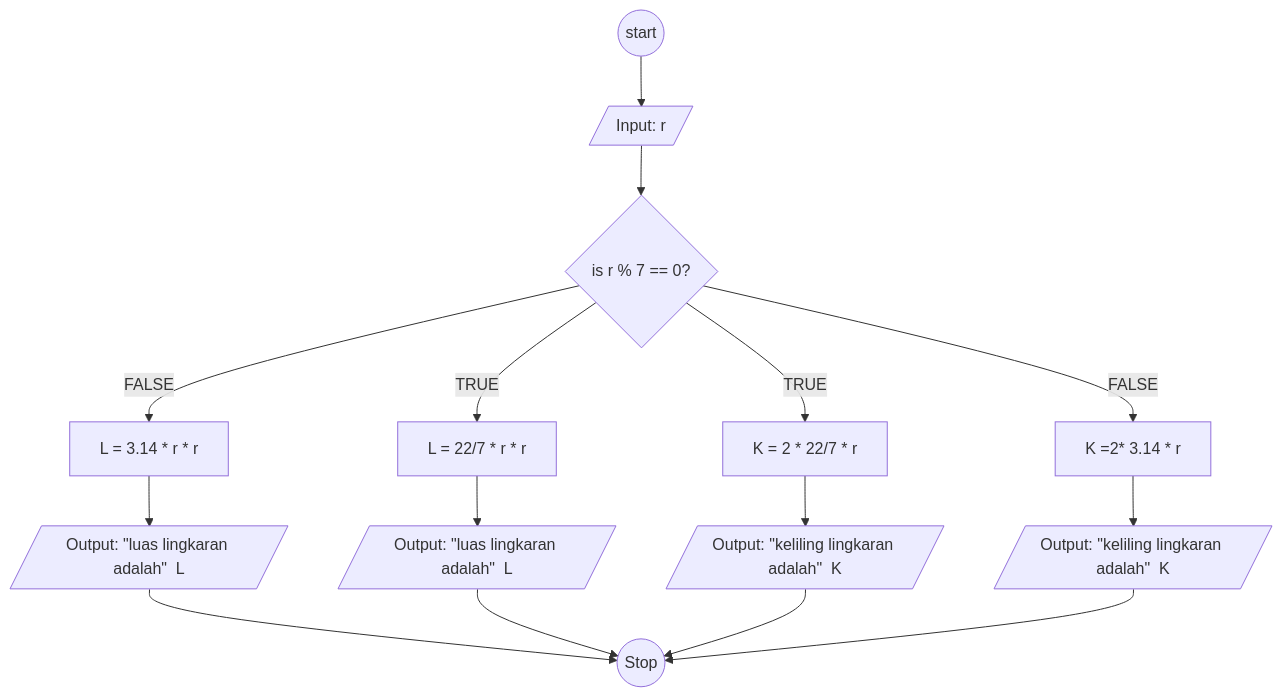
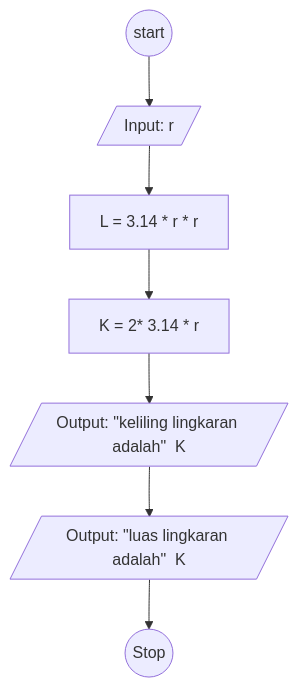
The diagram in readme.md (makarim22/koda-b6-javascript1), drawn with Mermaid before and after one commit.

````diff
--- a/readme.md
+++ b/readme.md
@@ -3,47 +3,20 @@
 ```mermaid
 flowchart TD
 
 A@{ shape: circle, label: "start"} --> B
 
-B@{ shape: lean-r, label: "Input: r" } --> Z
+B@{ shape: lean-r, label: "Input: r" } --> C
 
-Z@{ shape: diamond, label: "is r % 7 == 0?"  }
 
-Z -- TRUE --> D
-Z -- FALSE --> C
+C@{ shape: rect, label: "L = 3.14 * r * r" } --> F
 
-Z -- TRUE --> E
-Z -- FALSE --> F
+F@{ shape: rect, label: "K = 2* 3.14 * r" } --> K
 
-C@{ shape: rect, label: "L = 3.14 * r * r" }
+K@{ shape: lean-r, label: "Output: \"keliling lingkaran adalah\"  K" } --> L
 
-D@{ shape: rect, label: "L = 22/7 * r * r" }
-
-E@{ shape: rect, label: "K = 2 * 22/7 * r" }
-
-F@{ shape: rect, label: "K =2* 3.14 * r" }
-
-K@{ shape: lean-r, label: "Output: \"keliling lingkaran adalah\"  K" }
-
-L@{ shape: lean-r, label: "Output: \"luas lingkaran adalah\"  L" }
-
-M@{ shape: lean-r, label: "Output: \"keliling lingkaran adalah\"  K" }
-
-N@{ shape: lean-r, label: "Output: \"luas lingkaran adalah\"  L" }
-
-C --> L
-D --> N
-E --> K
-F --> M 
-
+L@{ shape: lean-r, label: "Output: \"luas lingkaran adalah\"  K" } --> J
 
 
 J@{ shape: circle, label: "Stop" }
 
-L --> J
-N --> J
-K --> J
-M --> J
-
-
 ```
````
